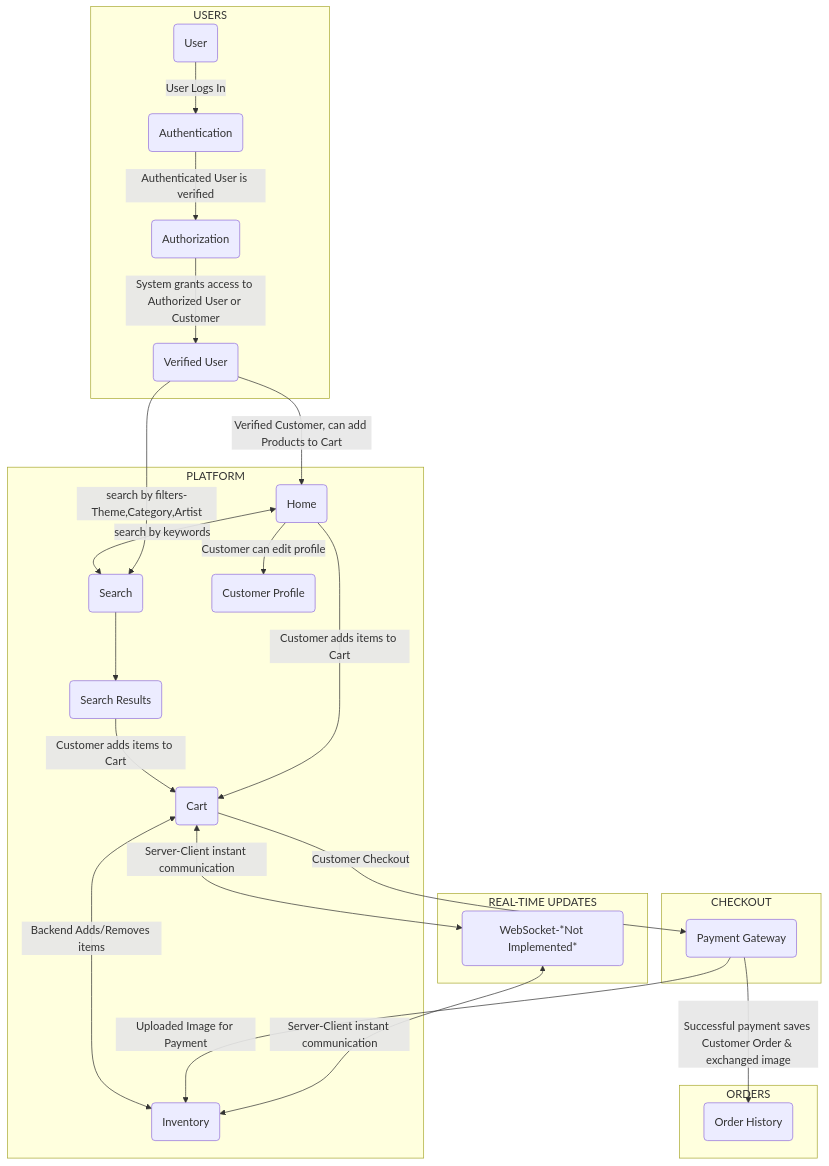
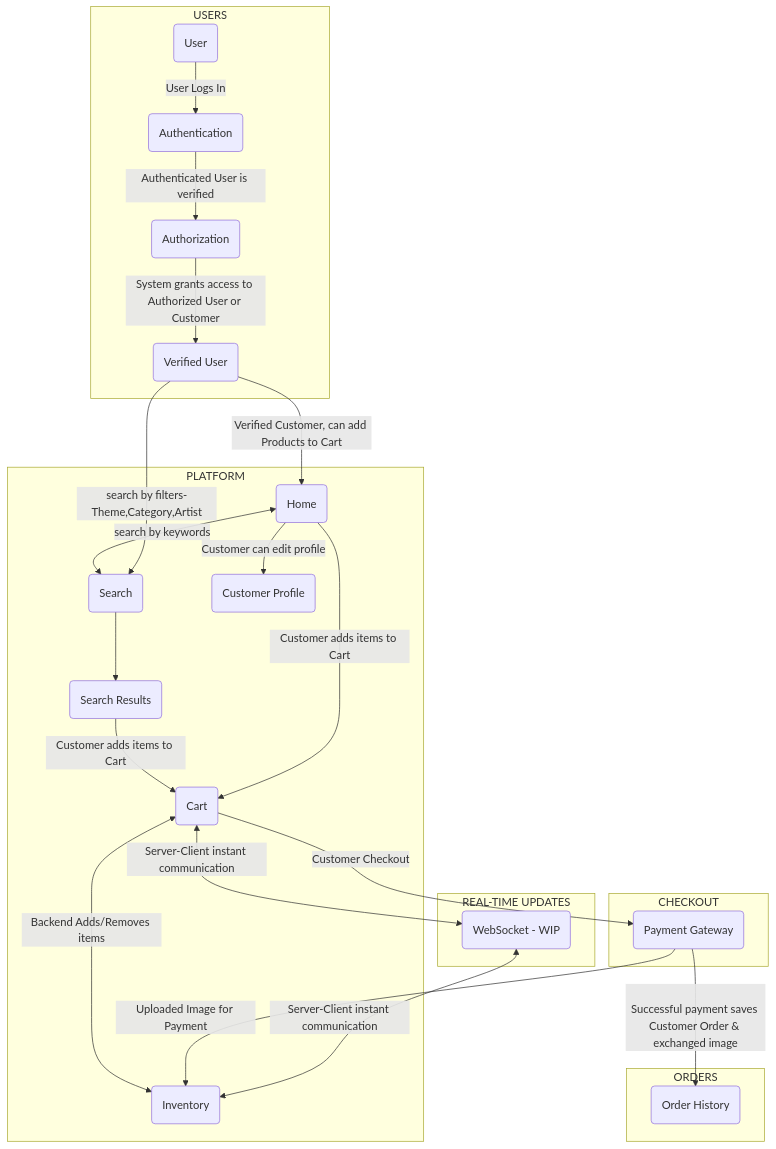
The diagram in README.md (prak112/Image-Barter-Bazaar), drawn with Mermaid before and after one commit. The commit also changed other lines of this file, not shown here.

Commit message:
upd content for WIP features

````diff
--- a/README.md
+++ b/README.md
@@ -56,51 +55,50 @@
 ```mermaid
 graph TB
 
 subgraph USERS
   A(User)
   B(Authentication)
   C(Authorization)
   J(Verified User)
 
   A -->|User Logs In| B
   B -->|Authenticated User is verified| C
   C -->|System grants access to Authorized User or Customer| J
 end
 
 subgraph PLATFORM
   D(Home)
   E(Search)
   F(Search Results)
   G(Cart)
   H(Inventory)
   K(Customer Profile)
   D <-->|search by keywords| E
   E -->F
   F -->|Customer adds items to Cart| G
   G <-->|Backend Adds/Removes items| H
   D -->|Customer can edit profile| K
   D -->|Customer adds items to Cart| G
 end
 
 subgraph REAL-TIME UPDATES
-  I(WebSocket-*Not Implemented*)
+  I(WebSocket - WIP)
 end
 
 subgraph CHECKOUT
   L(Payment Gateway)
   G -->|Customer Checkout|L
   L-->|Uploaded Image for Payment| H
 end
 
 subgraph ORDERS
   M(Order History)
   L -->|<br>Successful payment saves Customer Order & exchanged image|M
 end
 
 G <-->|Server-Client instant communication| I
 I <-->|Server-Client instant communication| H
 J -->|Verified Customer, can add Products to Cart| D
 J -->|search by filters-Theme,Category,Artist| E
 
-
 ```
````
